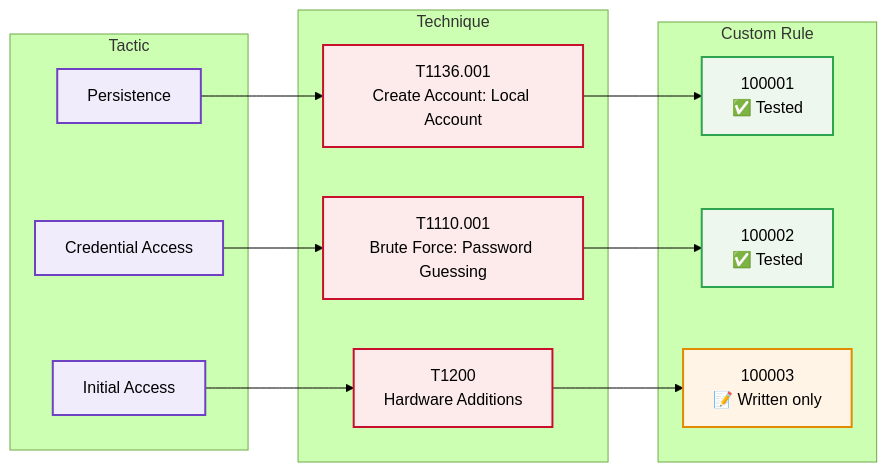
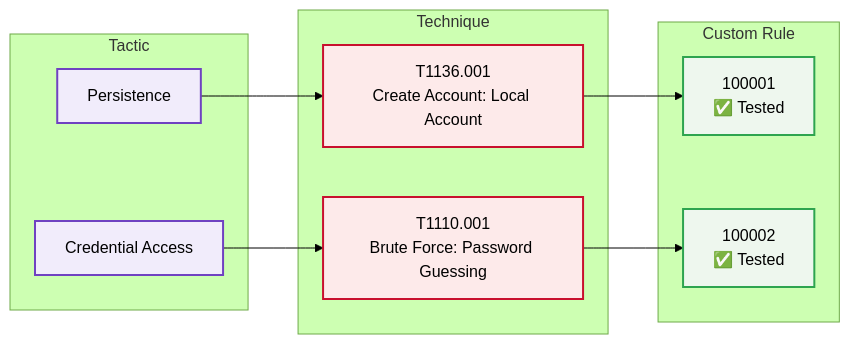
Before and after one commit to malaika-azhar/Cybersecurity-Lab-Projects: the fifth of 5 diagrams in 3-Advanced-Cyber-Projects/project-02-fim-custom-detection-rules/README.md, drawn with Mermaid (forest theme). The commit also changed other lines of this file, not shown here.

````diff
--- a/3-Advanced-Cyber-Projects/project-02-fim-custom-detection-rules/README.md
+++ b/3-Advanced-Cyber-Projects/project-02-fim-custom-detection-rules/README.md
@@ -456,30 +443,24 @@
 ```mermaid
 flowchart LR
     subgraph TAC["Tactic"]
         PER["Persistence"]
         CRA["Credential Access"]
-        INA["Initial Access"]
     end
     subgraph TEC["Technique"]
         T1["T1136.001<br/>Create Account: Local Account"]
         T2["T1110.001<br/>Brute Force: Password Guessing"]
-        T3["T1200<br/>Hardware Additions"]
     end
     subgraph RUL["Custom Rule"]
         R1["100001<br/>✅ Tested"]
         R2["100002<br/>✅ Tested"]
-        R3["100003<br/>📝 Written only"]
     end
     PER --> T1 --> R1
     CRA --> T2 --> R2
-    INA --> T3 --> R3
 
     classDef tac fill:#f1ecfb,stroke:#6f42c1,stroke-width:2px,color:#000
     classDef tec fill:#fdeaea,stroke:#C8102E,stroke-width:2px,color:#000
     classDef ok fill:#eef7ee,stroke:#2ea44f,stroke-width:2px,color:#000
-    classDef draft fill:#fff4e5,stroke:#e08a00,stroke-width:2px,color:#000
-    class PER,CRA,INA tac
-    class T1,T2,T3 tec
+    class PER,CRA tac
+    class T1,T2 tec
     class R1,R2 ok
-    class R3 draft
 ```
````
